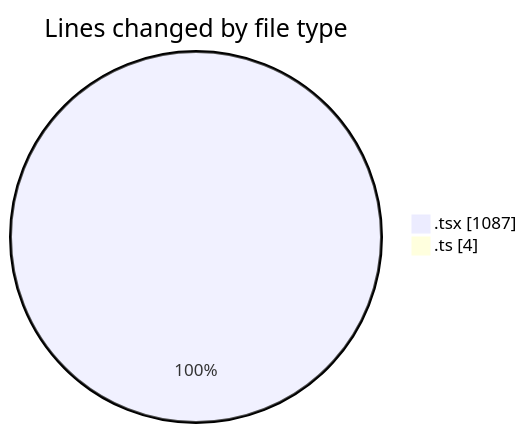
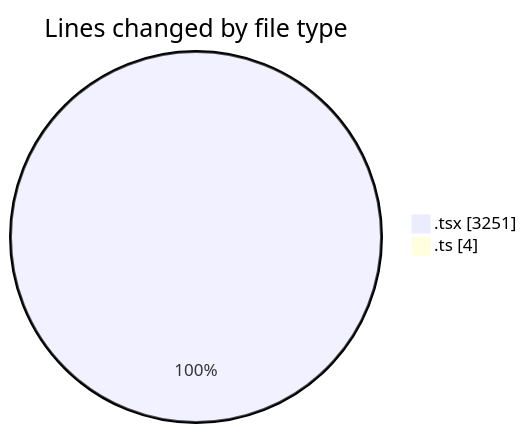
Before and after one commit to nxtqubesakshisongat/code-tracking: the first of 2 diagrams in 2026-05-19/nxtqube_webapp/README.md, drawn with Mermaid. The commit also changed other lines of this file and 1 other file, not shown here.

````diff
--- a/2026-05-19/nxtqube_webapp/README.md
+++ b/2026-05-19/nxtqube_webapp/README.md
@@ -26,6 +28,6 @@
 ```mermaid
 pie showData
 title Lines changed by file type
-".tsx" : 1087
+".tsx" : 3251
 ".ts" : 4
 ```
````
